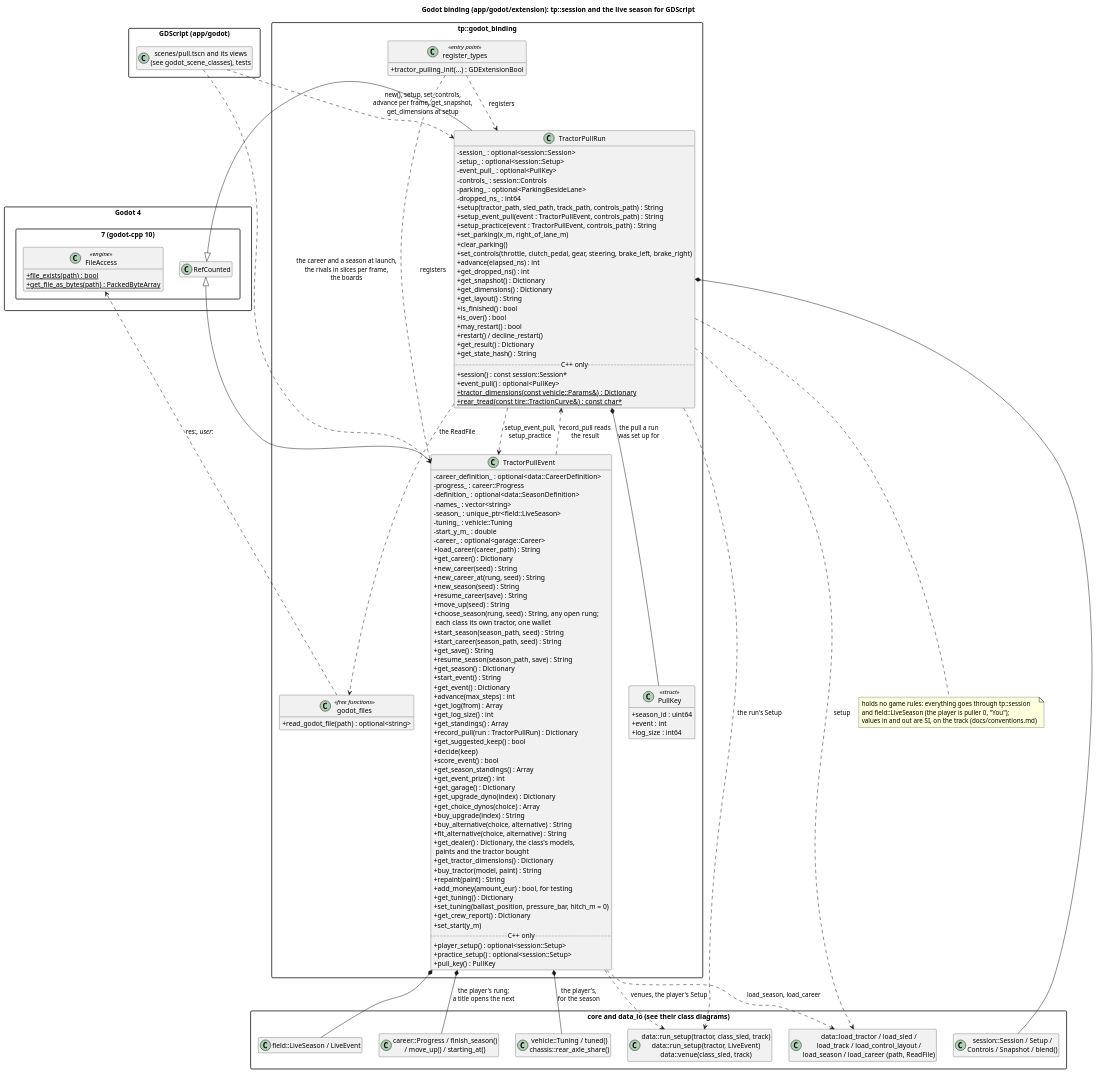
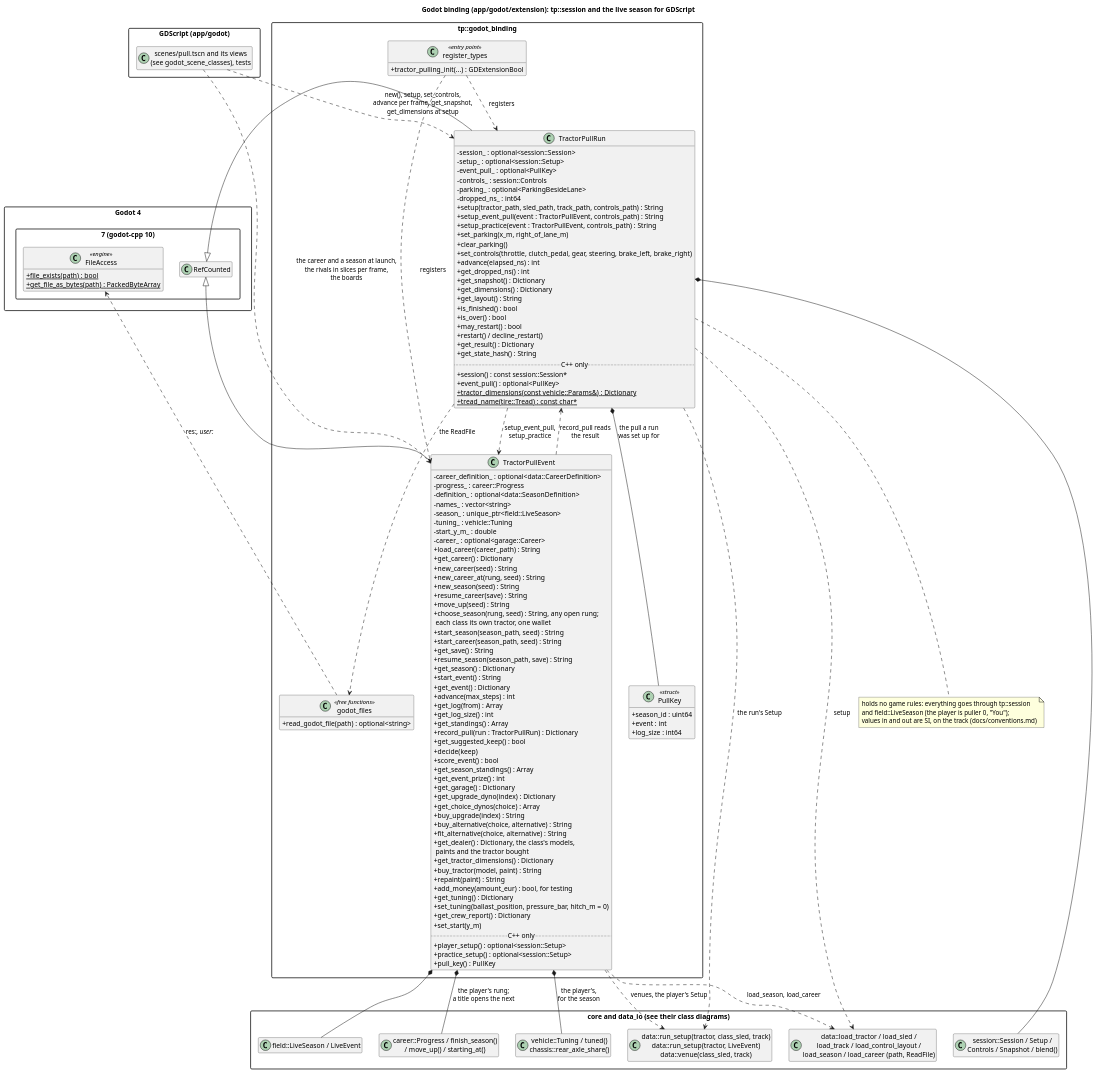
Before and after one commit to wversteeg/TractorPulling: the diagram in docs/diagrams/godot_classes.puml, drawn with PlantUML. The commit also changed 15 other files, not shown here.

First line of the commit message:
Review: the tread named in the tire's file; no integer division in the cell

```diff
--- a/docs/diagrams/godot_classes.puml
+++ b/docs/diagrams/godot_classes.puml
@@ -1,150 +1,150 @@
 @startuml godot_classes
 title Godot binding (app/godot/extension): tp::session and the live season for GDScript
 hide empty members
 skinparam packageStyle rectangle
 skinparam classAttributeIconSize 0
 
 package "Godot 4.7 (godot-cpp 10)" {
   class RefCounted
   class FileAccess <<engine>> {
     +{static} file_exists(path) : bool
     +{static} get_file_as_bytes(path) : PackedByteArray
   }
 }
 
 package "tp::godot_binding" {
   class TractorPullRun {
     -session_ : optional<session::Session>
     -setup_ : optional<session::Setup>
     -event_pull_ : optional<PullKey>
     -controls_ : session::Controls
     -parking_ : optional<ParkingBesideLane>
     -dropped_ns_ : int64
     +setup(tractor_path, sled_path, track_path, controls_path) : String
     +setup_event_pull(event : TractorPullEvent, controls_path) : String
     +setup_practice(event : TractorPullEvent, controls_path) : String
     +set_parking(x_m, right_of_lane_m)
     +clear_parking()
     +set_controls(throttle, clutch_pedal, gear, steering, brake_left, brake_right)
     +advance(elapsed_ns) : int
     +get_dropped_ns() : int
     +get_snapshot() : Dictionary
     +get_dimensions() : Dictionary
     +get_layout() : String
     +is_finished() : bool
     +is_over() : bool
     +may_restart() : bool
     +restart() / decline_restart()
     +get_result() : Dictionary
     +get_state_hash() : String
     ..C++ only..
     +session() : const session::Session*
     +event_pull() : optional<PullKey>
     +{static} tractor_dimensions(const vehicle::Params&) : Dictionary
-    +{static} rear_tread(const tire::TractionCurve&) : const char*
+    +{static} tread_name(tire::Tread) : const char*
   }
   class TractorPullEvent {
     -career_definition_ : optional<data::CareerDefinition>
     -progress_ : career::Progress
     -definition_ : optional<data::SeasonDefinition>
     -names_ : vector<string>
     -season_ : unique_ptr<field::LiveSeason>
     -tuning_ : vehicle::Tuning
     -start_y_m_ : double
     -career_ : optional<garage::Career>
     +load_career(career_path) : String
     +get_career() : Dictionary
     +new_career(seed) : String
     +new_career_at(rung, seed) : String
     +new_season(seed) : String
     +resume_career(save) : String
     +move_up(seed) : String
     +choose_season(rung, seed) : String, any open rung;\n each class its own tractor, one wallet
     +start_season(season_path, seed) : String
     +start_career(season_path, seed) : String
     +get_save() : String
     +resume_season(season_path, save) : String
     +get_season() : Dictionary
     +start_event() : String
     +get_event() : Dictionary
     +advance(max_steps) : int
     +get_log(from) : Array
     +get_log_size() : int
     +get_standings() : Array
     +record_pull(run : TractorPullRun) : Dictionary
     +get_suggested_keep() : bool
     +decide(keep)
     +score_event() : bool
     +get_season_standings() : Array
     +get_event_prize() : int
     +get_garage() : Dictionary
     +get_upgrade_dyno(index) : Dictionary
     +get_choice_dynos(choice) : Array
     +buy_upgrade(index) : String
     +buy_alternative(choice, alternative) : String
     +fit_alternative(choice, alternative) : String
     +get_dealer() : Dictionary, the class's models,\n paints and the tractor bought
     +get_tractor_dimensions() : Dictionary
     +buy_tractor(model, paint) : String
     +repaint(paint) : String
     +add_money(amount_eur) : bool, for testing
     +get_tuning() : Dictionary
     +set_tuning(ballast_position, pressure_bar, hitch_m = 0)
     +get_crew_report() : Dictionary
     +set_start(y_m)
     ..C++ only..
     +player_setup() : optional<session::Setup>
     +practice_setup() : optional<session::Setup>
     +pull_key() : PullKey
   }
   class PullKey <<struct>> {
     +season_id : uint64
     +event : int
     +log_size : int64
   }
   TractorPullRun *-- PullKey : the pull a run\nwas set up for
   class "godot_files" as Files <<free functions>> {
     +read_godot_file(path) : optional<string>
   }
   class "register_types" as Register <<entry point>> {
     +tractor_pulling_init(...) : GDExtensionBool
   }
 }
 
 package "core and data_io (see their class diagrams)" {
   class "session::Session / Setup /\nControls / Snapshot / blend()" as Session
   class "data::load_tractor / load_sled /\nload_track / load_control_layout /\nload_season / load_career (path, ReadFile)" as Loaders
   class "data::run_setup(tractor, class_sled, track)\ndata::run_setup(tractor, LiveEvent)\ndata::venue(class_sled, track)" as RunSetup
   class "field::LiveSeason / LiveEvent" as Live
   class "career::Progress / finish_season()\n/ move_up() / starting_at()" as Career
   class "vehicle::Tuning / tuned()\nchassis::rear_axle_share()" as Tuning
 }
 
 package "GDScript (app/godot)" {
   class "scenes/pull.tscn and its views\n(see godot_scene_classes), tests" as Scripts
 }
 
 RefCounted <|-- TractorPullRun
 RefCounted <|-- TractorPullEvent
 Register ..> TractorPullRun : registers
 Register ..> TractorPullEvent : registers
 TractorPullEvent *-- Live
 TractorPullEvent *-- Tuning : the player's,\nfor the season
 TractorPullEvent ..> Loaders : load_season, load_career
 TractorPullEvent *-- Career : the player's rung;\na title opens the next
 TractorPullEvent ..> RunSetup : venues, the player's Setup
 TractorPullRun ..> TractorPullEvent : setup_event_pull,\nsetup_practice
 TractorPullEvent ..> TractorPullRun : record_pull reads\nthe result
 TractorPullRun *-- Session
 TractorPullRun ..> Loaders : setup
 TractorPullRun ..> RunSetup : the run's Setup
 TractorPullRun ..> Files : the ReadFile
 Files ..> FileAccess : res://, user://
 Scripts ..> TractorPullRun : new(), setup, set_controls,\nadvance per frame, get_snapshot,\nget_dimensions at setup
 Scripts ..> TractorPullEvent : the career and a season at launch,\nthe rivals in slices per frame,\nthe boards
 note bottom of TractorPullRun
   holds no game rules: everything goes through tp::session
   and field::LiveSeason (the player is puller 0, "You");
   values in and out are SI, on the track (docs/conventions.md)
 end note
 @enduml
```
